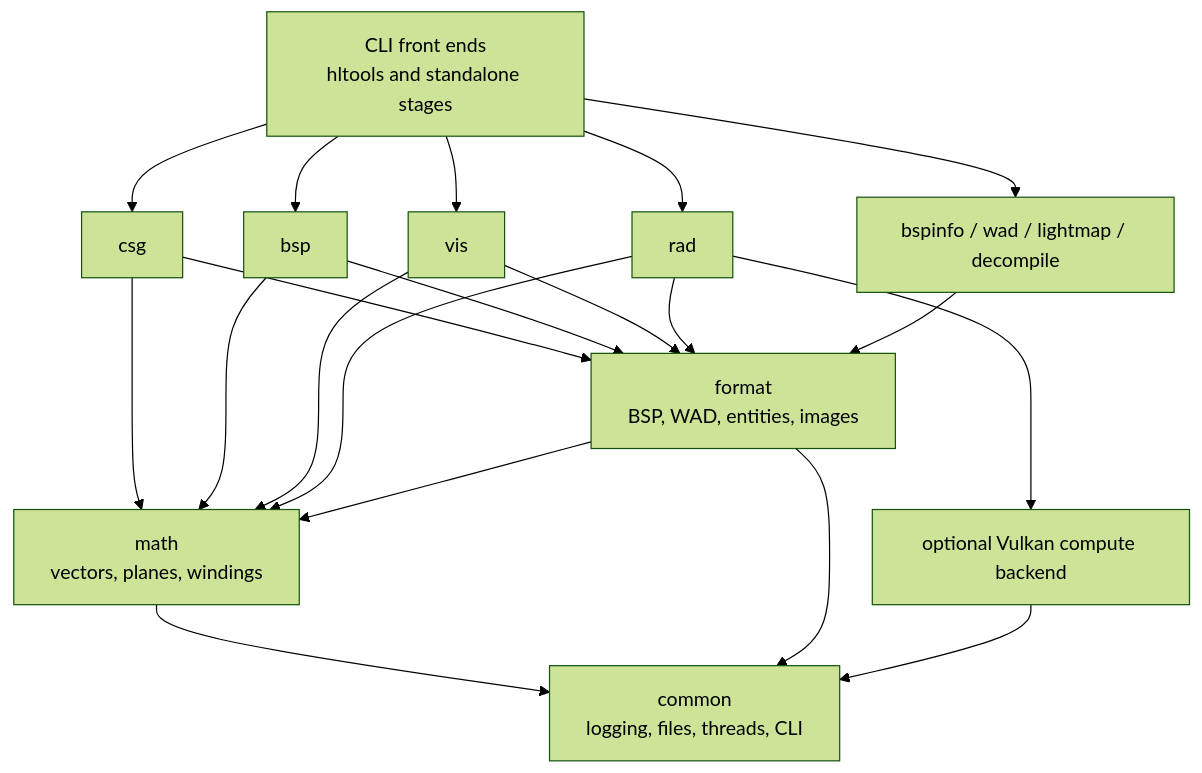
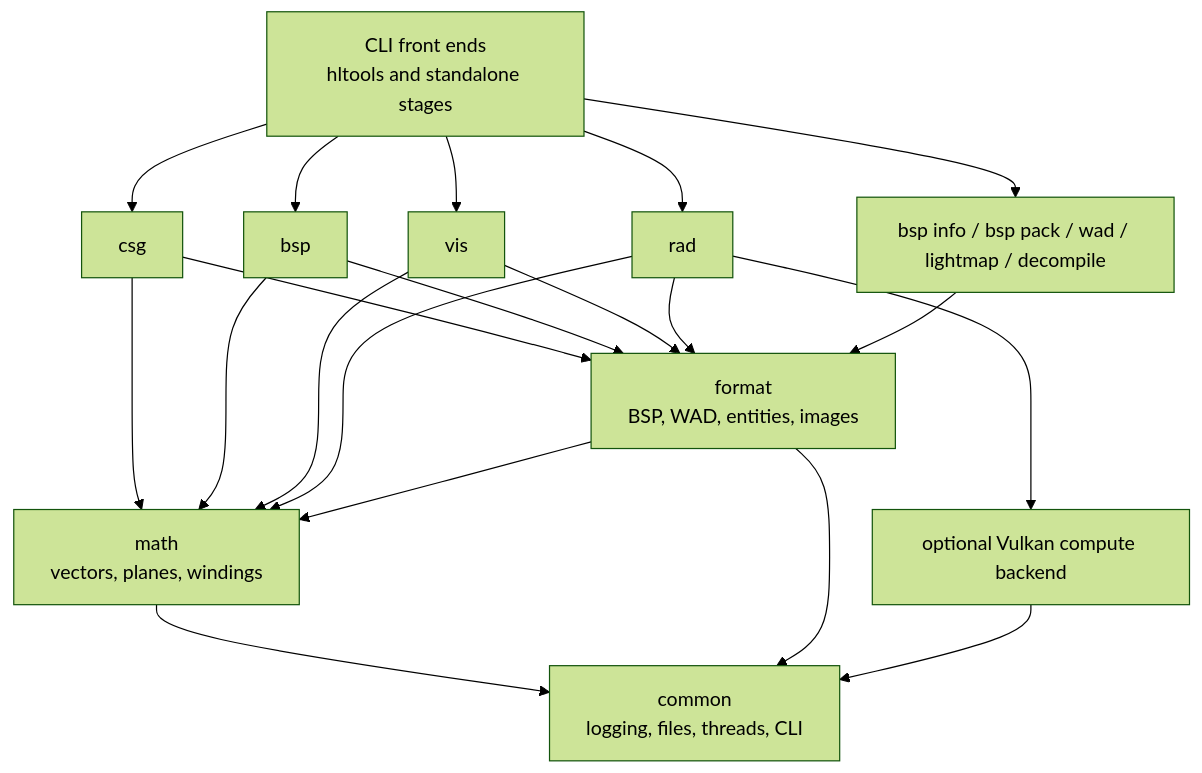
Before and after one commit to speedrun-16/hltools: the third of 3 diagrams in README.md, drawn with Mermaid (forest theme). The commit also changed other lines of this file and 7 other files, not shown here.

Commit message:
refactor: nest bsp info under the bsp command

````diff
--- a/README.md
+++ b/README.md
@@ -757,22 +757,22 @@
 ```mermaid
 flowchart TD
     CLI["CLI front ends<br/>hltools and standalone stages"] --> CSG["csg"]
     CLI --> BSP["bsp"]
     CLI --> VIS["vis"]
     CLI --> RAD["rad"]
-    CLI --> UTIL["bspinfo / wad / lightmap / decompile"]
+    CLI --> UTIL["bsp info / bsp pack / wad / lightmap / decompile"]
     RAD --> GPU["optional Vulkan compute backend"]
     CSG --> FORMAT["format<br/>BSP, WAD, entities, images"]
     BSP --> FORMAT
     VIS --> FORMAT
     RAD --> FORMAT
     UTIL --> FORMAT
     CSG --> MATH["math<br/>vectors, planes, windings"]
     BSP --> MATH
     VIS --> MATH
     RAD --> MATH
     FORMAT --> MATH
     MATH --> COMMON["common<br/>logging, files, threads, CLI"]
     FORMAT --> COMMON
     GPU --> COMMON
 ```
````
